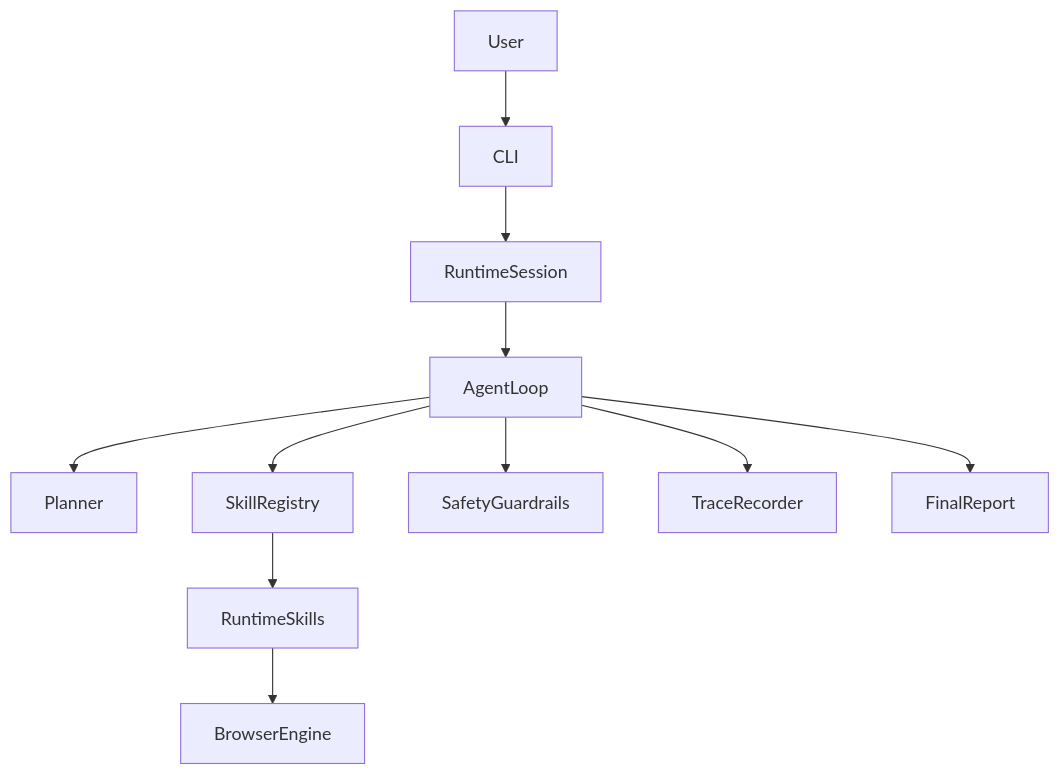
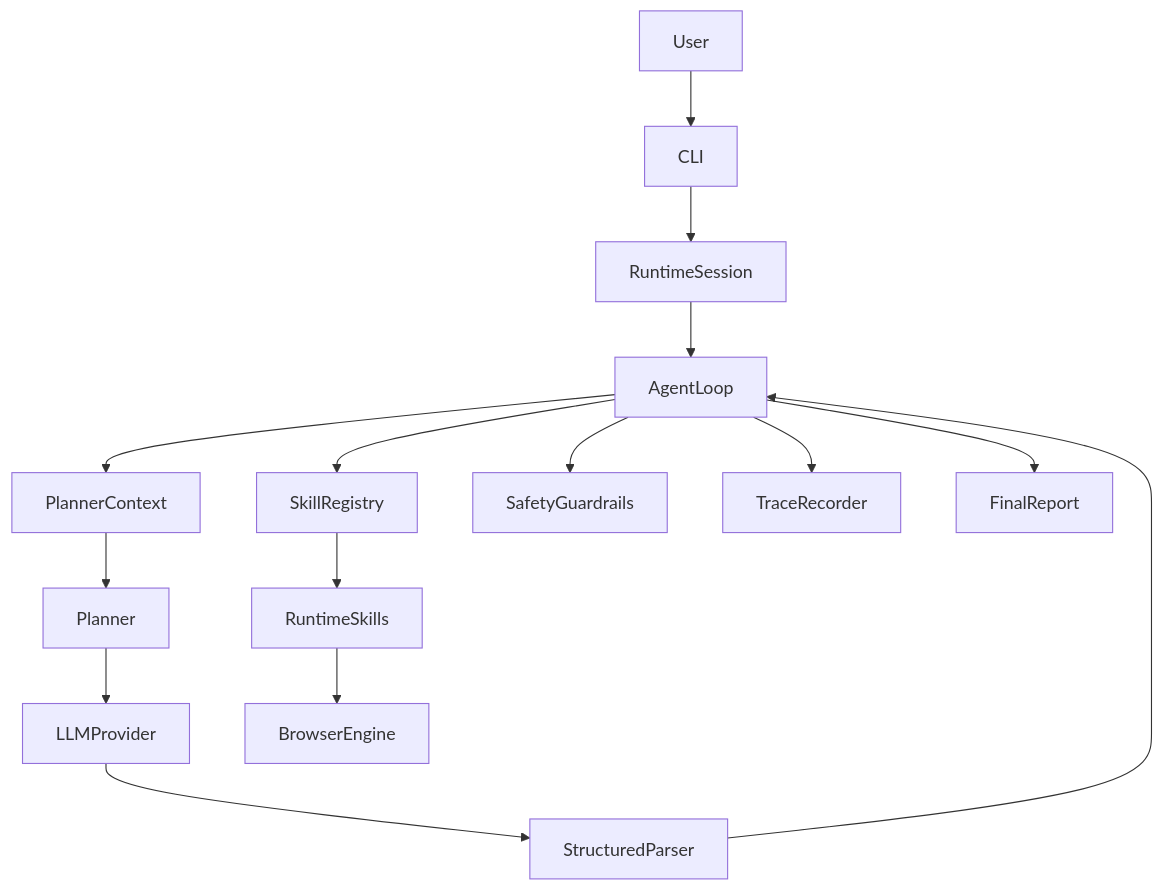
One commit to NUTODA/AI_Agent changed the diagram in docs/architecture.md. Above: the diagram before and after it, drawn with Mermaid. The commit also changed other lines of this file and 19 other files, not shown here.

First line of the commit message:
Implement structured multi-step planner runtime.

````diff
--- a/docs/architecture.md
+++ b/docs/architecture.md
@@ -27,13 +27,17 @@
 ```mermaid
 flowchart TD
     User[User] --> Cli[CLI]
     Cli --> Session[RuntimeSession]
     Session --> Loop[AgentLoop]
-    Loop --> Planner[Planner]
+    Loop --> PlannerContext[PlannerContext]
+    PlannerContext --> Planner[Planner]
+    Planner --> Provider[LLMProvider]
+    Provider --> Parser[StructuredParser]
+    Parser --> Loop
     Loop --> Registry[SkillRegistry]
     Loop --> Safety[SafetyGuardrails]
     Registry --> Skills[RuntimeSkills]
     Skills --> Browser[BrowserEngine]
     Loop --> Trace[TraceRecorder]
     Loop --> Report[FinalReport]
 ```
````
